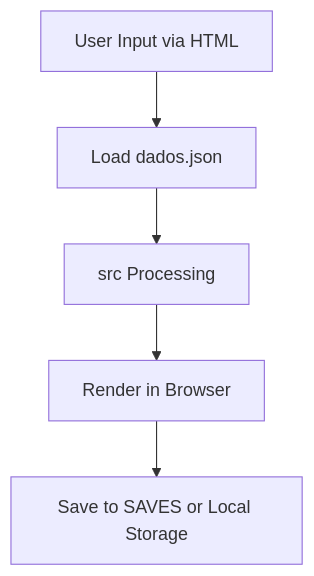
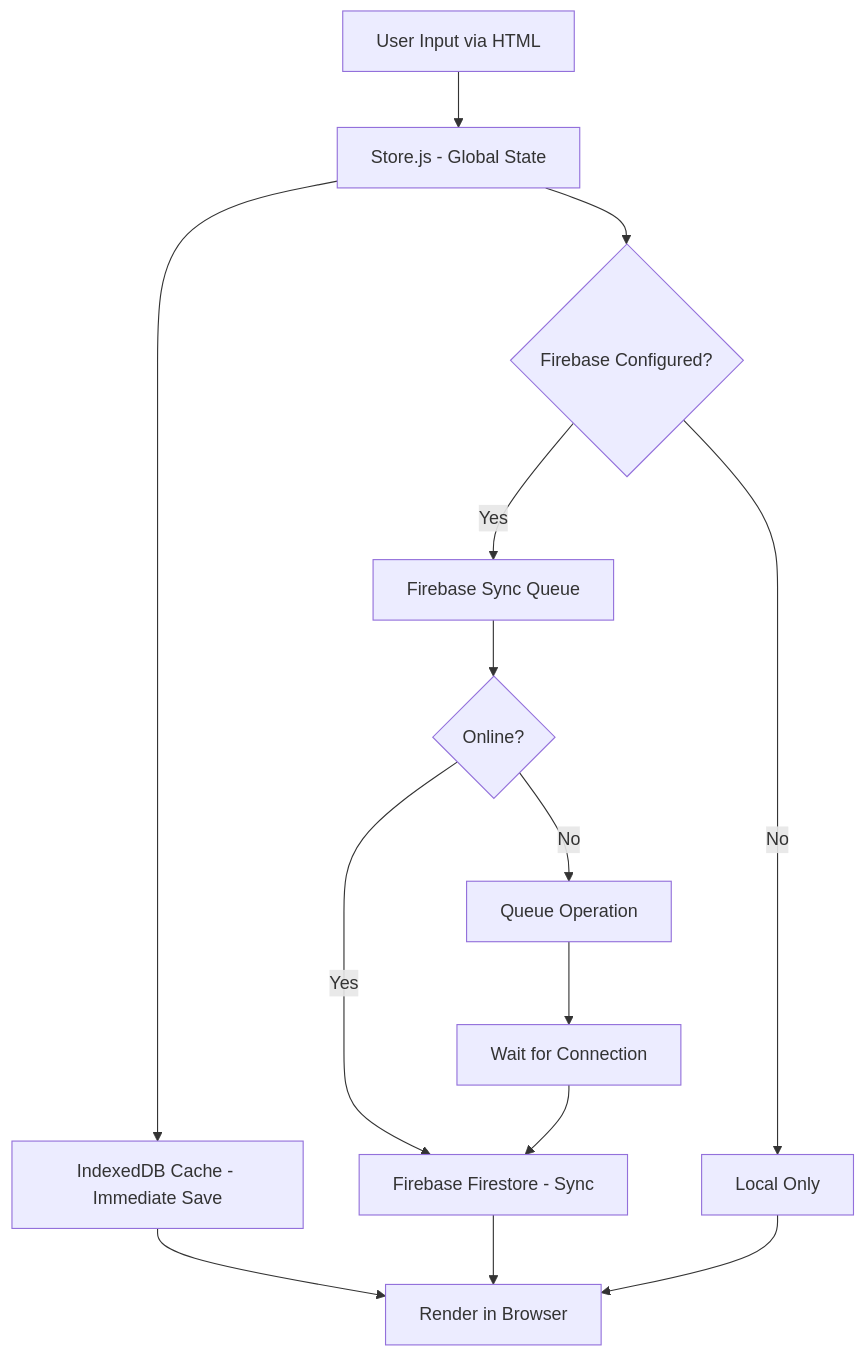
The diagram in .context/docs/data-flow.md (pedrocatarino130/demandas-pro), drawn with Mermaid before and after one commit. The commit also changed other lines of this file and 39 other files, not shown here.

````diff
--- a/.context/docs/data-flow.md
+++ b/.context/docs/data-flow.md
@@ -9,7 +15,16 @@
 ```mermaid
 graph TD
-    A[User Input via HTML] --> B[Load dados.json]
-    B --> C[src Processing]
-    C --> D[Render in Browser]
-    D --> E[Save to SAVES or Local Storage]
+    A[User Input via HTML] --> B[Store.js - Global State]
+    B --> C[IndexedDB Cache - Immediate Save]
+    B --> D{Firebase Configured?}
+    D -->|Yes| E[Firebase Sync Queue]
+    D -->|No| F[Local Only]
+    E --> G{Online?}
+    G -->|Yes| H[Firebase Firestore - Sync]
+    G -->|No| I[Queue Operation]
+    I --> J[Wait for Connection]
+    J --> H
+    C --> K[Render in Browser]
+    H --> K
+    F --> K
 ```
````
